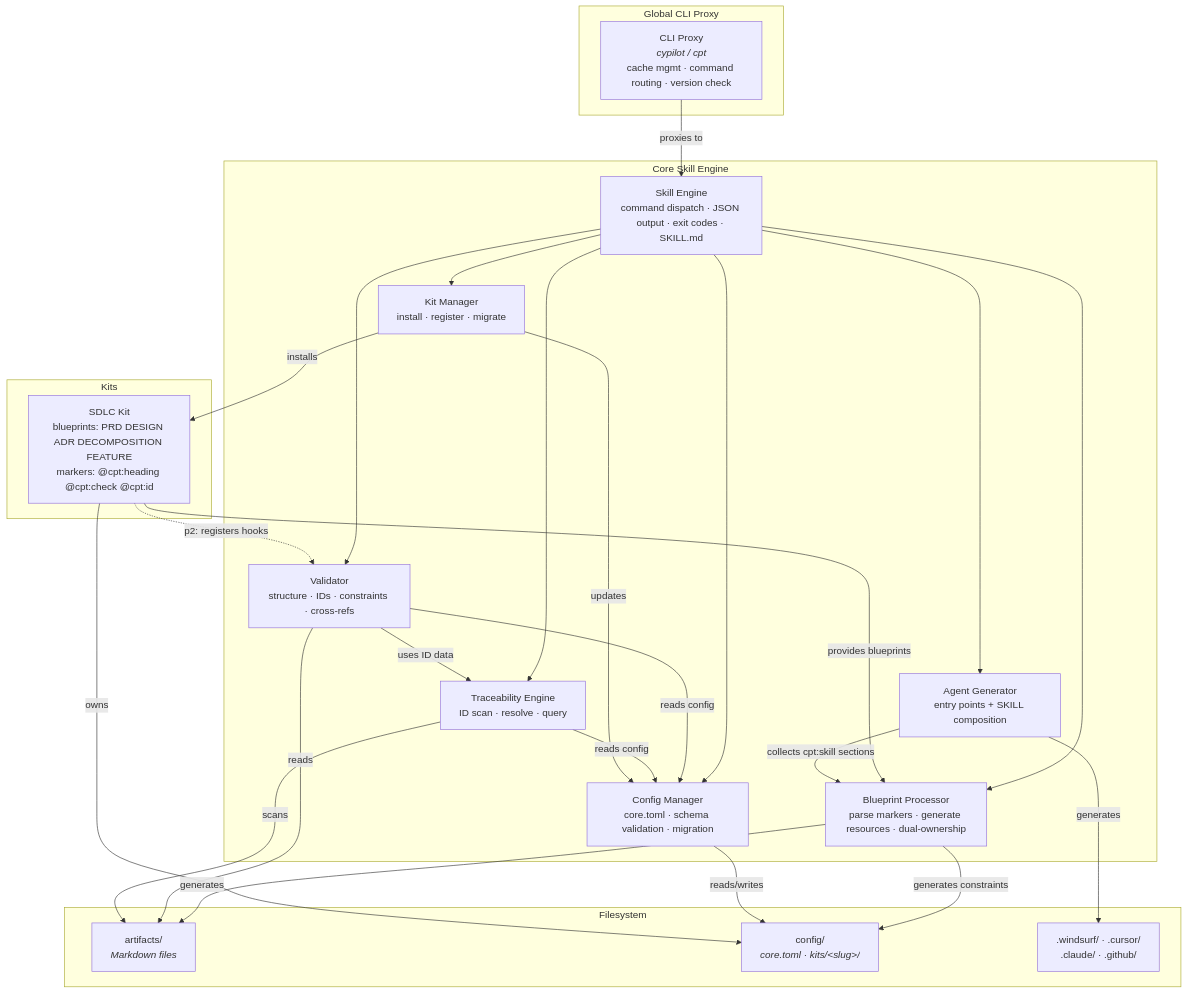
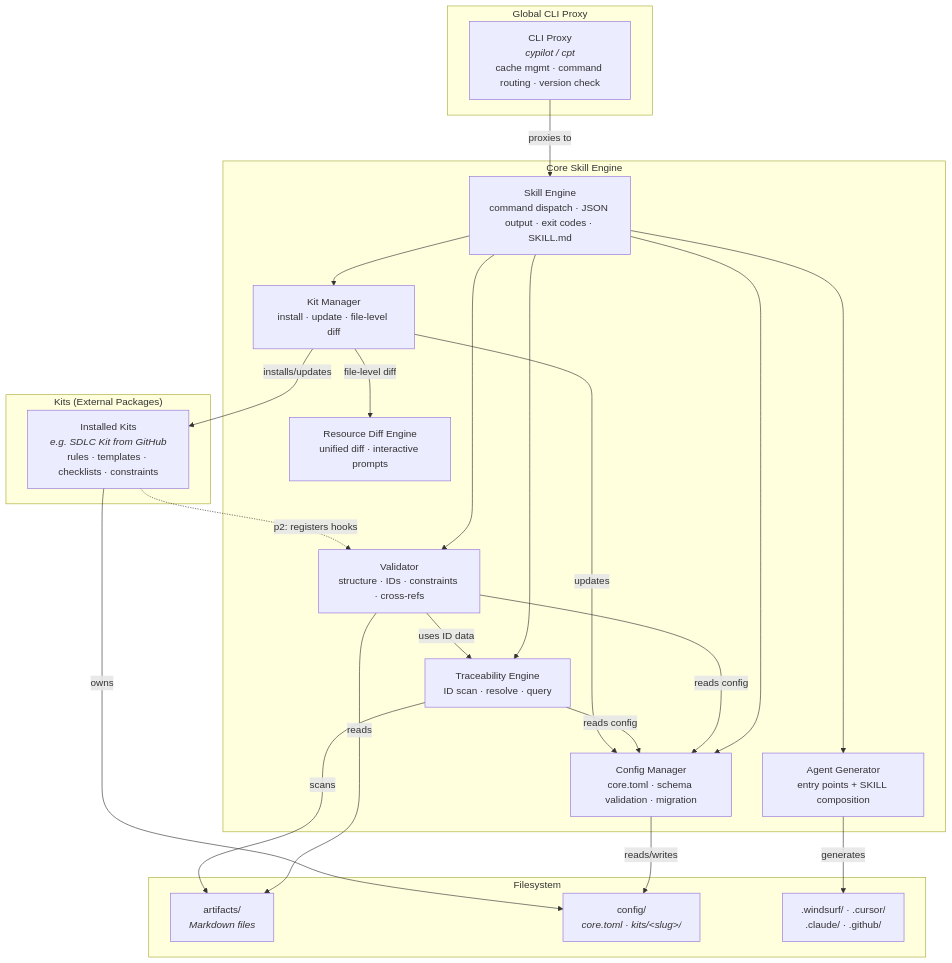
Before and after one commit to Maxitosh/katapult: the first of 7 diagrams in cypilot/.core/architecture/DESIGN.md, drawn with Mermaid. The commit also changed other lines of this file and 173 other files, not shown here.

````diff
--- a/cypilot/.core/architecture/DESIGN.md
+++ b/cypilot/.core/architecture/DESIGN.md
@@ -515,49 +441,45 @@
 ```mermaid
 graph TD
     subgraph "Global CLI Proxy"
         CLI["CLI Proxy<br/><i>cypilot / cpt</i><br/>cache mgmt · command routing · version check"]
     end
 
     subgraph "Core Skill Engine"
         SE["Skill Engine<br/>command dispatch · JSON output · exit codes · SKILL.md"]
-        BP["Blueprint Processor<br/>parse markers · generate resources · dual-ownership"]
         V["Validator<br/>structure · IDs · constraints · cross-refs"]
         TE["Traceability Engine<br/>ID scan · resolve · query"]
         CM["Config Manager<br/>core.toml · schema validation · migration"]
-        KM["Kit Manager<br/>install · register · migrate"]
+        KM["Kit Manager<br/>install · update · file-level diff"]
         AG["Agent Generator<br/>entry points + SKILL composition"]
+        DE["Resource Diff Engine<br/>unified diff · interactive prompts"]
     end
 
-    subgraph "Kits"
-        SDLC["SDLC Kit<br/>blueprints: PRD DESIGN ADR DECOMPOSITION FEATURE<br/>markers: @cpt:heading @cpt:check @cpt:id"]
+    subgraph "Kits (External Packages)"
+        SDLC["Installed Kits<br/><i>e.g. SDLC Kit from GitHub</i><br/>rules · templates · checklists · constraints"]
     end
 
     subgraph "Filesystem"
         ART["artifacts/<br/><i>Markdown files</i>"]
         CFG["config/<br/><i>core.toml · kits/&lt;slug&gt;/</i>"]
         AGENTS[".windsurf/ · .cursor/<br/>.claude/ · .github/"]
     end
 
     CLI -->|proxies to| SE
-    SE --> BP
     SE --> V
     SE --> TE
     SE --> CM
     SE --> KM
     SE --> AG
-    BP -->|generates| ART
-    BP -->|generates constraints| CFG
-    SDLC -->|provides blueprints| BP
-    AG -->|collects cpt:skill sections| BP
+    KM -->|file-level diff| DE
     V -->|uses ID data| TE
     V -->|reads config| CM
     TE -->|reads config| CM
-    KM -->|installs| SDLC
+    KM -->|installs/updates| SDLC
     KM -->|updates| CM
     SDLC -.->|p2: registers hooks| V
     V -->|reads| ART
     TE -->|scans| ART
     CM -->|reads/writes| CFG
     AG -->|generates| AGENTS
     SDLC -->|owns| CFG
 ```
````
